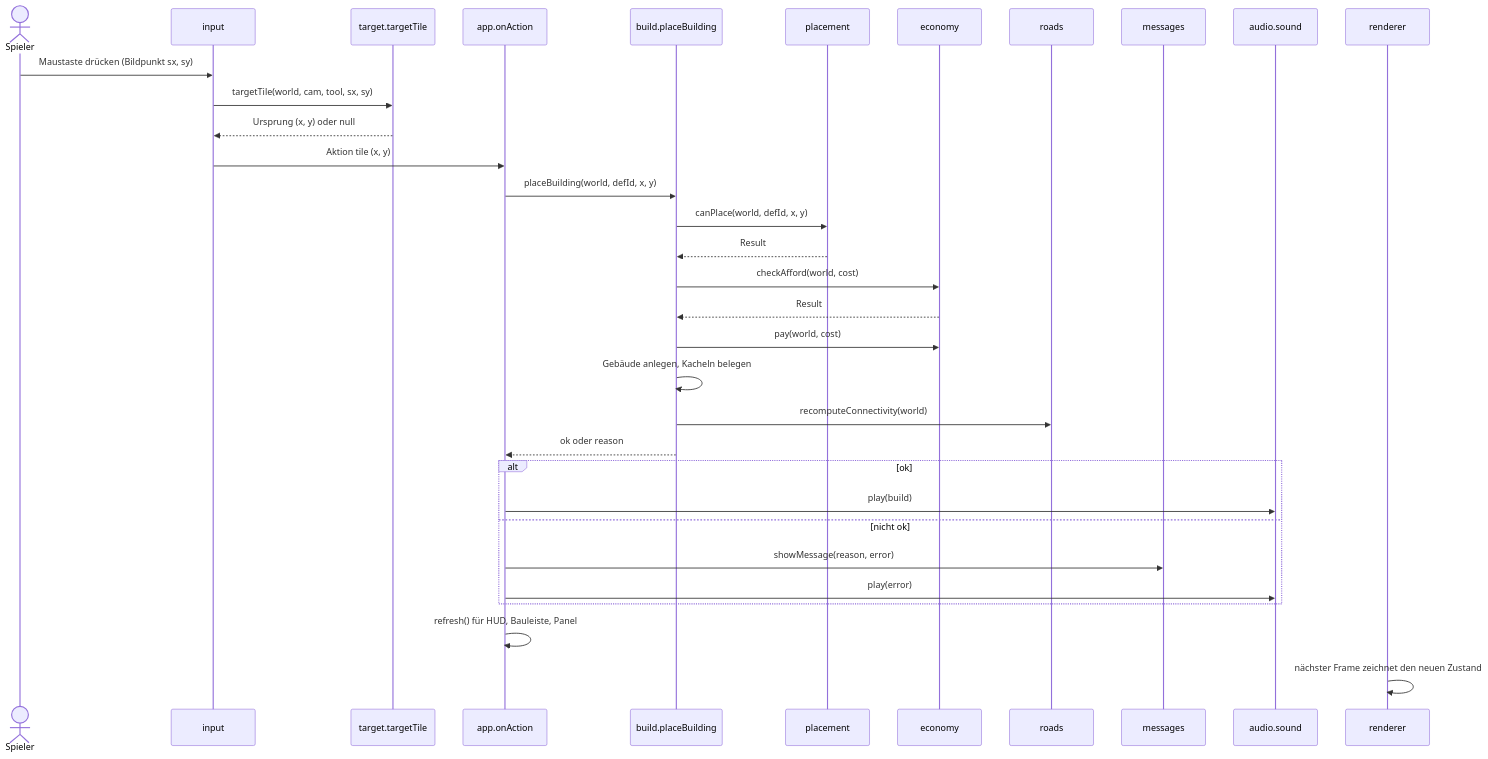
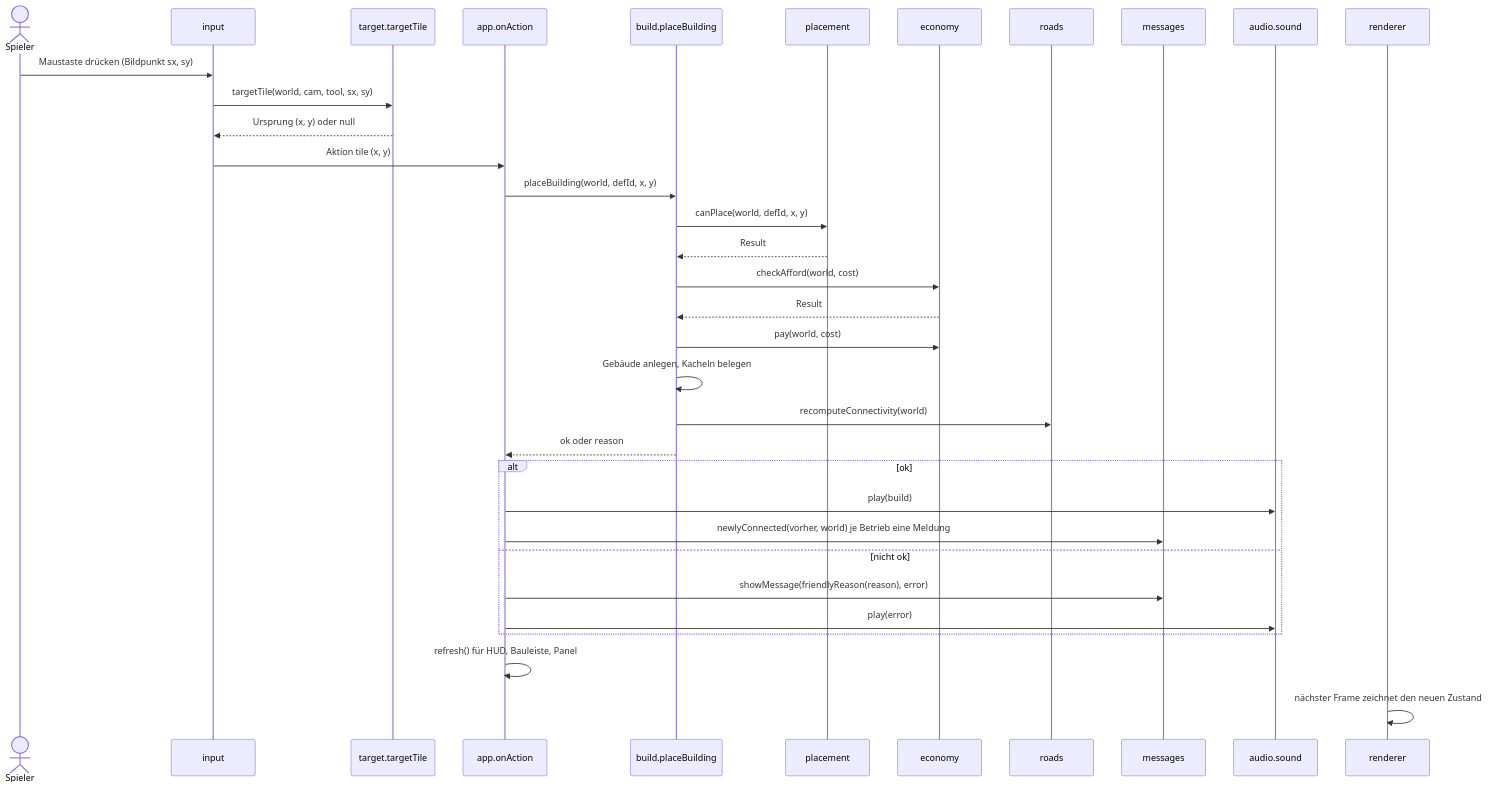
One commit to konstantinniedermann/Inselreich changed the sixth of 9 diagrams in docs/arc42.md. Above: the diagram before and after it, drawn with Mermaid. The commit also changed other lines of this file, not shown here.

````diff
--- a/docs/arc42.md
+++ b/docs/arc42.md
@@ -325,35 +332,36 @@
 ```mermaid
 sequenceDiagram
   actor S as Spieler
   participant In as input
   participant Tg as target.targetTile
   participant App as app.onAction
   participant B as build.placeBuilding
   participant Pl as placement
   participant Ec as economy
   participant R as roads
   participant M as messages
   participant Snd as audio.sound
   participant Ren as renderer
   S->>In: Maustaste drücken (Bildpunkt sx, sy)
   In->>Tg: targetTile(world, cam, tool, sx, sy)
   Tg-->>In: Ursprung (x, y) oder null
   In->>App: Aktion tile (x, y)
   App->>B: placeBuilding(world, defId, x, y)
   B->>Pl: canPlace(world, defId, x, y)
   Pl-->>B: Result
   B->>Ec: checkAfford(world, cost)
   Ec-->>B: Result
   B->>Ec: pay(world, cost)
   B->>B: Gebäude anlegen, Kacheln belegen
   B->>R: recomputeConnectivity(world)
   B-->>App: ok oder reason
   alt ok
     App->>Snd: play(build)
+    App->>M: newlyConnected(vorher, world) je Betrieb eine Meldung
   else nicht ok
-    App->>M: showMessage(reason, error)
+    App->>M: showMessage(friendlyReason(reason), error)
     App->>Snd: play(error)
   end
   App->>App: refresh() für HUD, Bauleiste, Panel
   Ren->>Ren: nächster Frame zeichnet den neuen Zustand
 ```
````
